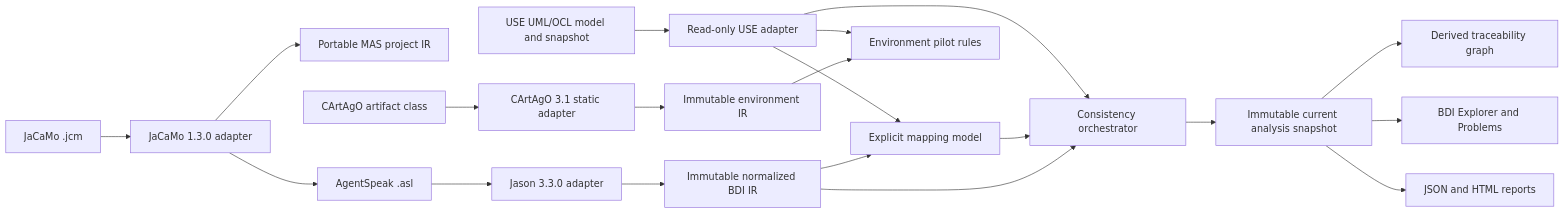
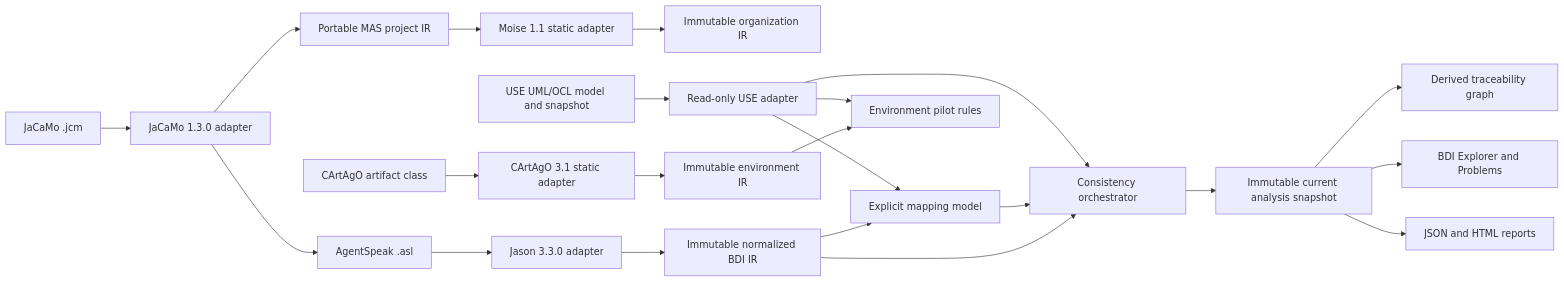
One commit to nguyentrungnghia1802/USE_BDI_Plugin changed the diagram in docs/project/04_SYSTEM_ARCHITECTURE.md. Above: the diagram before and after it, drawn with Mermaid. The commit also changed other lines of this file and 30 other files, not shown here.

Commit message:
feat(jacamo): normalize Moise organization specifications

````diff
--- a/docs/project/04_SYSTEM_ARCHITECTURE.md
+++ b/docs/project/04_SYSTEM_ARCHITECTURE.md
@@ -8,22 +8,24 @@
 ```mermaid
 flowchart LR
   JCM[JaCaMo .jcm] --> JP[JaCaMo 1.3.0 adapter]
   JP --> MAS[Portable MAS project IR]
+  MAS --> MO[Moise 1.1 static adapter]
+  MO --> ORG[Immutable organization IR]
   JP --> ASL
   CARTAGO[CArtAgO artifact class] --> CA[CArtAgO 3.1 static adapter]
   CA --> ENV[Immutable environment IR]
   ASL[AgentSpeak .asl] --> JA[Jason 3.3.0 adapter]
   JA --> IR[Immutable normalized BDI IR]
   USE[USE UML/OCL model and snapshot] --> UA[Read-only USE adapter]
   IR --> MAP[Explicit mapping model]
   UA --> MAP
   IR --> VAL[Consistency orchestrator]
   MAP --> VAL
   UA --> VAL
   ENV --> EVAL[Environment pilot rules]
   UA --> EVAL
   VAL --> SNAP[Immutable current analysis snapshot]
   SNAP --> TRACE[Derived traceability graph]
   SNAP --> GUI[BDI Explorer and Problems]
   SNAP --> REP[JSON and HTML reports]
 ```
````
